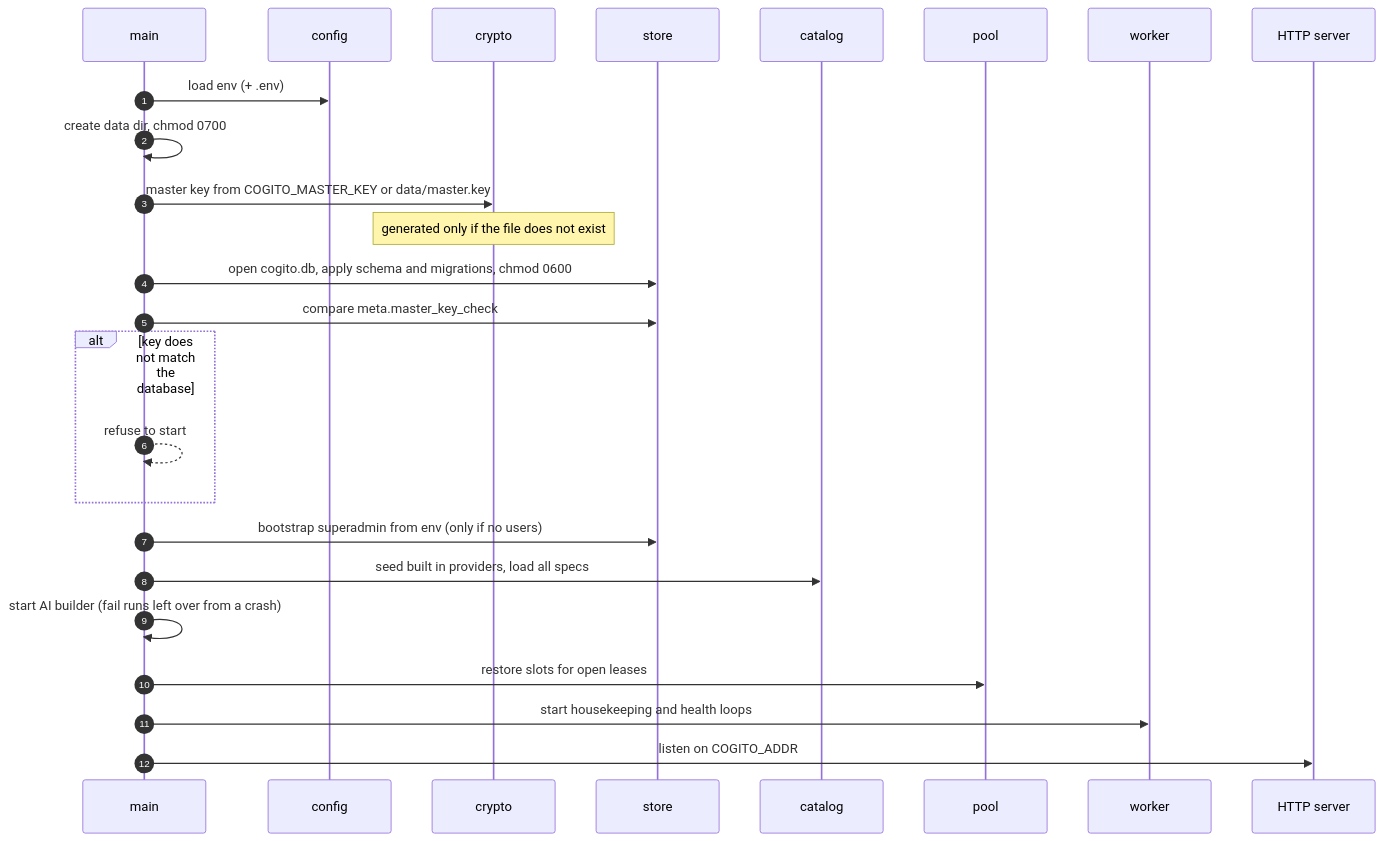
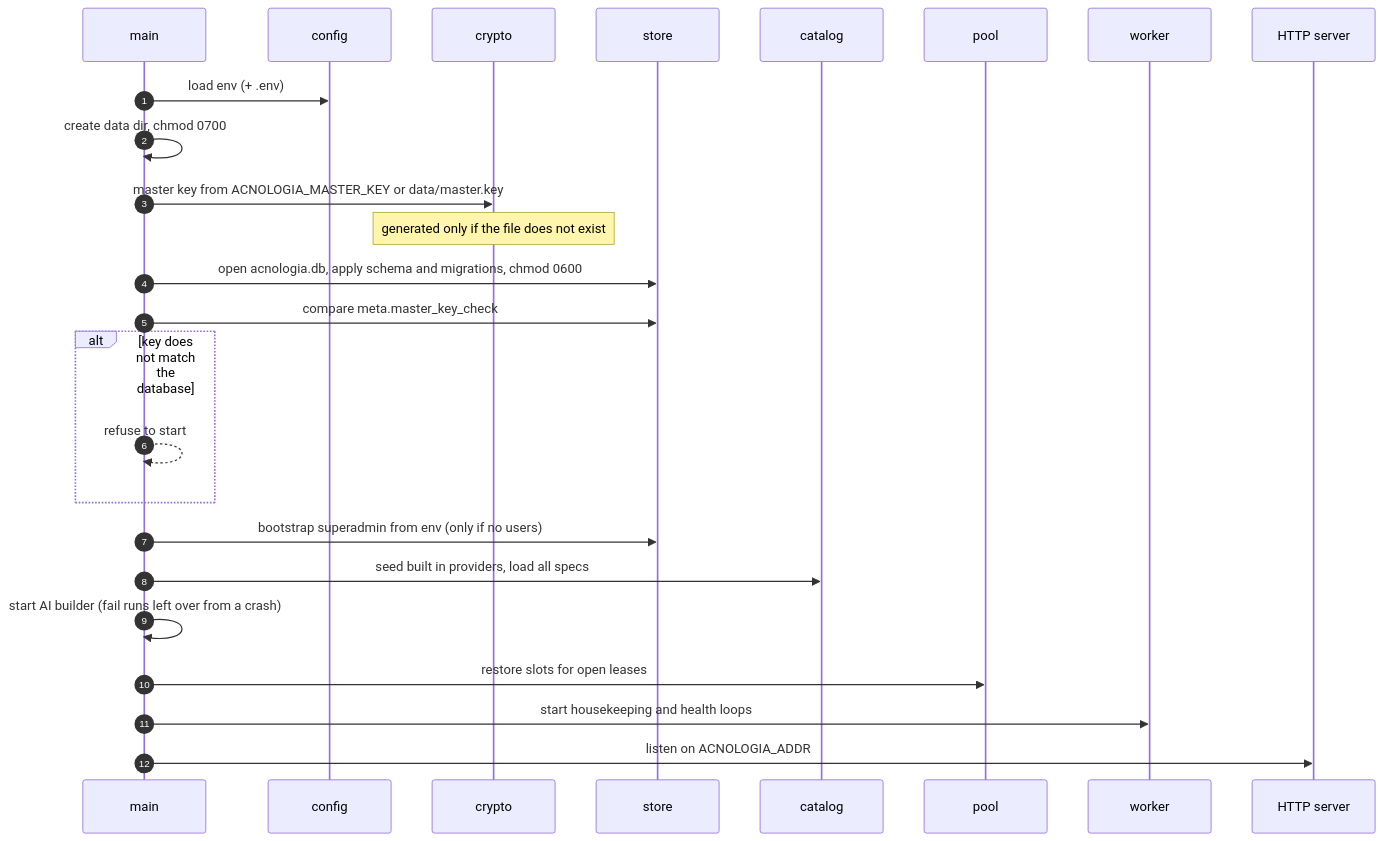
One commit to sidharthpunathil/acnologia changed the fourth of 6 diagrams in server/internal/docsmd/files/architecture.md. Above: the diagram before and after it, drawn with Mermaid. The commit also changed other lines of this file and 43 other files, not shown here.

````diff
--- a/server/internal/docsmd/files/architecture.md
+++ b/server/internal/docsmd/files/architecture.md
@@ -215,28 +222,28 @@
 ```mermaid
 sequenceDiagram
     autonumber
     participant M as main
     participant C as config
     participant K as crypto
     participant S as store
     participant Cat as catalog
     participant P as pool
     participant W as worker
     participant H as HTTP server
 
     M->>C: load env (+ .env)
     M->>M: create data dir, chmod 0700
-    M->>K: master key from COGITO_MASTER_KEY or data/master.key
+    M->>K: master key from ACNOLOGIA_MASTER_KEY or data/master.key
     Note over K: generated only if the file does not exist
-    M->>S: open cogito.db, apply schema and migrations, chmod 0600
+    M->>S: open acnologia.db, apply schema and migrations, chmod 0600
     M->>S: compare meta.master_key_check
     alt key does not match the database
         M-->>M: refuse to start
     end
     M->>S: bootstrap superadmin from env (only if no users)
     M->>Cat: seed built in providers, load all specs
     M->>M: start AI builder (fail runs left over from a crash)
     M->>P: restore slots for open leases
     M->>W: start housekeeping and health loops
-    M->>H: listen on COGITO_ADDR
+    M->>H: listen on ACNOLOGIA_ADDR
 ```
````
